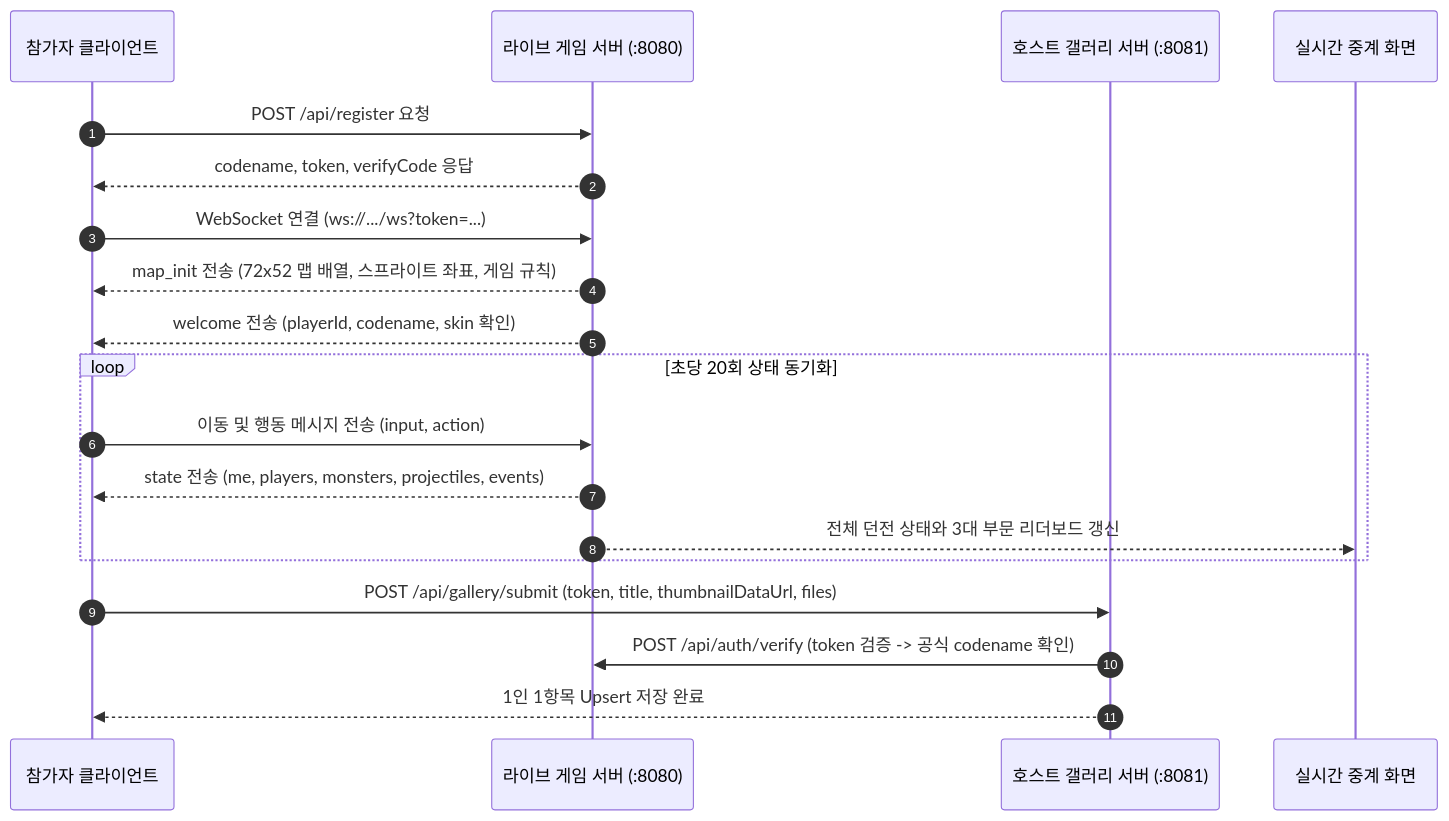
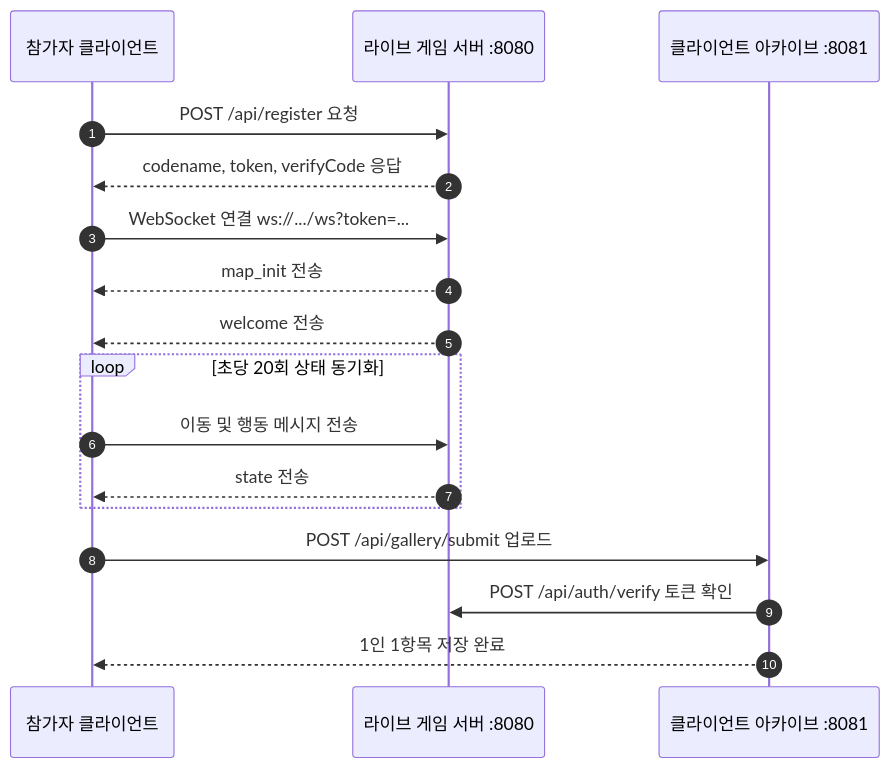
The second of 2 diagrams in README.md (KennethanCeyer/build-beyond-limits), drawn with Mermaid before and after one commit. The commit also changed other lines of this file and 4 other files, not shown here.

````diff
--- a/README.md
+++ b/README.md
@@ -33,24 +32,22 @@
 ```mermaid
 sequenceDiagram
   autonumber
   participant C as 참가자 클라이언트
-  participant S as 라이브 게임 서버 (:8080)
-  participant G as 호스트 갤러리 서버 (:8081)
-  participant B as 실시간 중계 화면
+  participant S as 라이브 게임 서버 :8080
+  participant G as 클라이언트 아카이브 :8081
 
   C->>S: POST /api/register 요청
   S-->>C: codename, token, verifyCode 응답
-  C->>S: WebSocket 연결 (ws://.../ws?token=...)
-  S-->>C: map_init 전송 (72x52 맵 배열, 스프라이트 좌표, 게임 규칙)
-  S-->>C: welcome 전송 (playerId, codename, skin 확인)
+  C->>S: WebSocket 연결 ws://.../ws?token=...
+  S-->>C: map_init 전송
+  S-->>C: welcome 전송
 
   loop 초당 20회 상태 동기화
-    C->>S: 이동 및 행동 메시지 전송 (input, action)
-    S-->>C: state 전송 (me, players, monsters, projectiles, events)
-    S-->>B: 전체 던전 상태와 3대 부문 리더보드 갱신
+    C->>S: 이동 및 행동 메시지 전송
+    S-->>C: state 전송
   end
 
-  C->>G: POST /api/gallery/submit (token, title, thumbnailDataUrl, files)
-  G->>S: POST /api/auth/verify (token 검증 -> 공식 codename 확인)
-  G-->>C: 1인 1항목 Upsert 저장 완료
+  C->>G: POST /api/gallery/submit 업로드
+  G->>S: POST /api/auth/verify 토큰 확인
+  G-->>C: 1인 1항목 저장 완료
 ```
````
